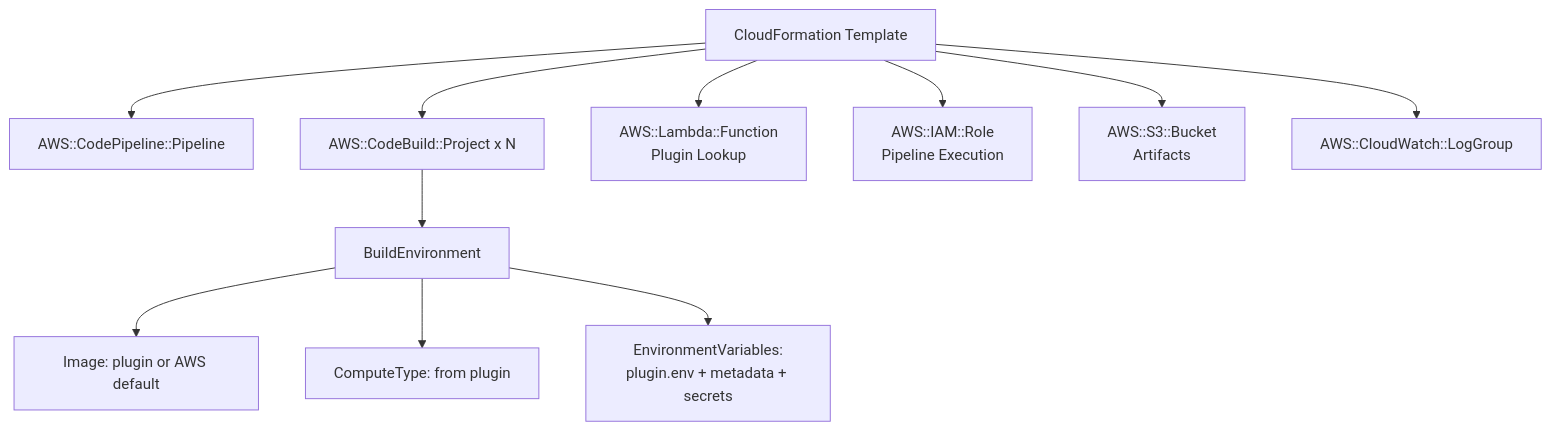
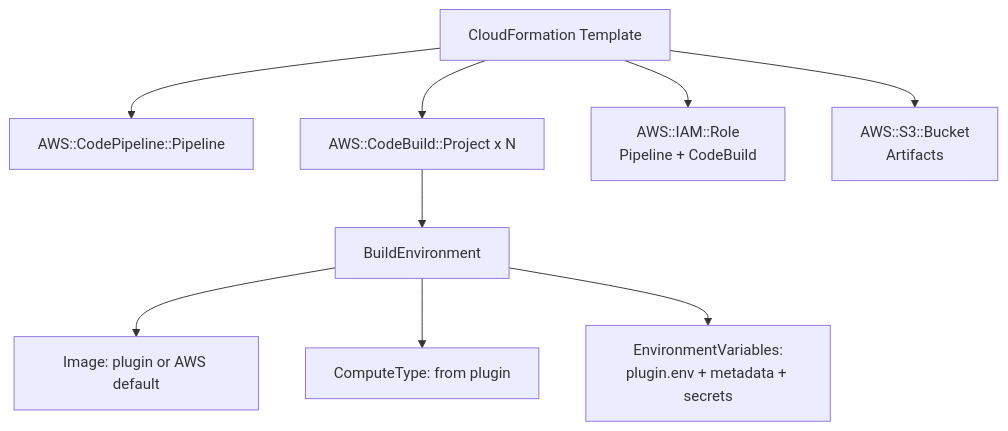
Before and after one commit to mwashburn160/pipeline-builder: the eighth of 11 diagrams in docs/architecture-flow.md, drawn with Mermaid. The commit also changed other lines of this file and 298 other files, not shown here.

````diff
--- a/docs/architecture-flow.md
+++ b/docs/architecture-flow.md
@@ -334,15 +343,13 @@
 ```mermaid
 flowchart TB
     CFN[CloudFormation Template]
     CFN --> CP[AWS::CodePipeline::Pipeline]
     CFN --> CB1[AWS::CodeBuild::Project x N]
-    CFN --> LF[AWS::Lambda::Function<br/>Plugin Lookup]
-    CFN --> IAM[AWS::IAM::Role<br/>Pipeline Execution]
+    CFN --> IAM[AWS::IAM::Role<br/>Pipeline + CodeBuild]
     CFN --> S3[AWS::S3::Bucket<br/>Artifacts]
-    CFN --> CW[AWS::CloudWatch::LogGroup]
 
     CB1 --> BE[BuildEnvironment]
     BE --> IMG[Image: plugin or AWS default]
     BE --> CT[ComputeType: from plugin]
     BE --> ENV[EnvironmentVariables:<br/>plugin.env + metadata + secrets]
 ```
````
